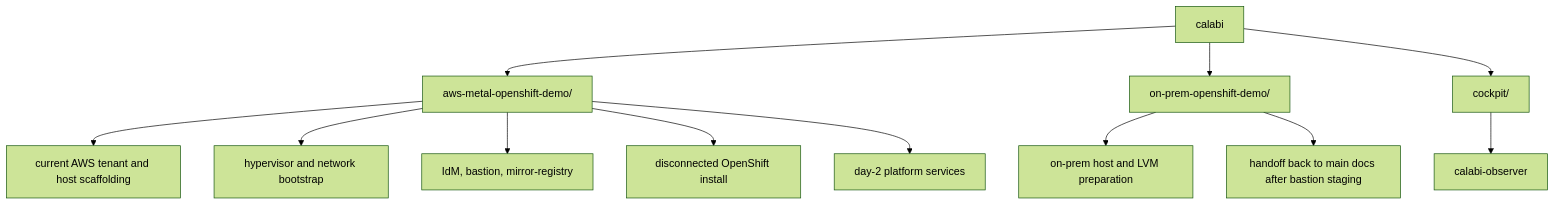
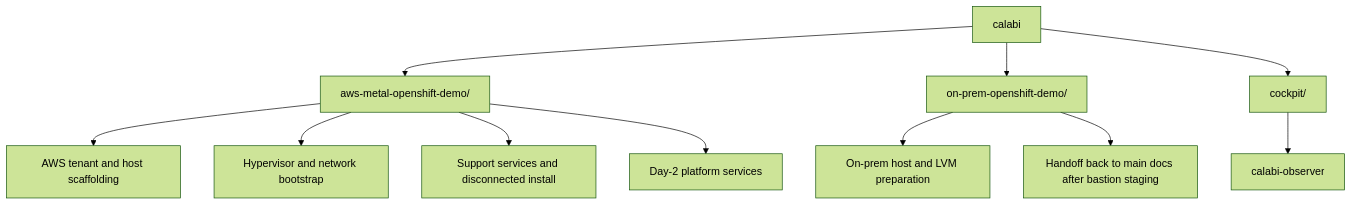
One commit to gprocunier/calabi changed the diagram in README.md. Above: the diagram before and after it, drawn with Mermaid (forest theme).

Commit message:
Simplify root project layout diagram

````diff
--- a/README.md
+++ b/README.md
@@ -79,15 +79,18 @@
 ```mermaid
 flowchart TD
     root[calabi]
-    root --> demo[aws-metal-openshift-demo/]
-    root --> onprem[on-prem-openshift-demo/]
+
+    root --> awsdocs[aws-metal-openshift-demo/]
+    root --> onpremdocs[on-prem-openshift-demo/]
     root --> cockpit[cockpit/]
-    demo --> aws[current AWS tenant and host scaffolding]
-    demo --> host[hypervisor and network bootstrap]
-    demo --> support[IdM, bastion, mirror-registry]
-    demo --> ocp[disconnected OpenShift install]
-    demo --> day2[day-2 platform services]
-    onprem --> hostprep[on-prem host and LVM preparation]
-    onprem --> handoff[handoff back to main docs after bastion staging]
+
+    awsdocs --> aws1[AWS tenant and host scaffolding]
+    awsdocs --> aws2[Hypervisor and network bootstrap]
+    awsdocs --> aws3[Support services and disconnected install]
+    awsdocs --> aws4[Day-2 platform services]
+
+    onpremdocs --> onprem1[On-prem host and LVM preparation]
+    onpremdocs --> onprem2[Handoff back to main docs after bastion staging]
+
     cockpit --> observer[calabi-observer]
 ```
````
